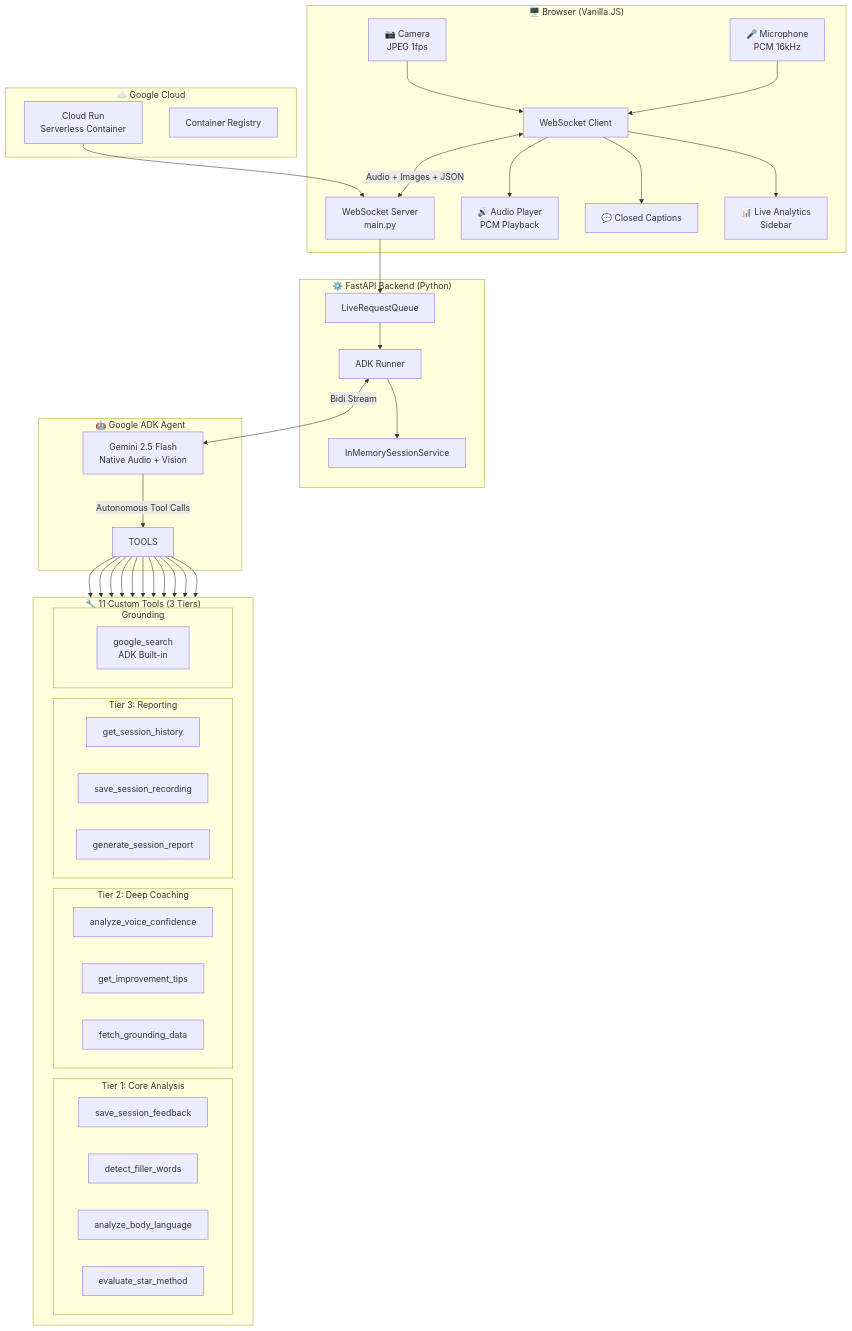
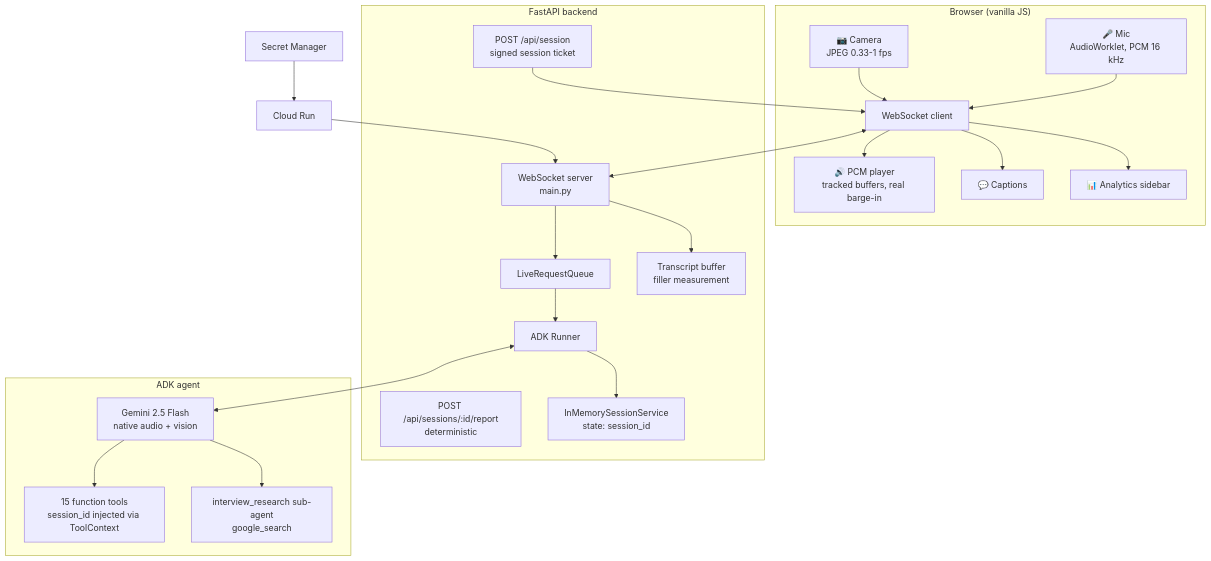
The diagram in README.md (SameerAliKhan-git/IntyerviewBit), drawn with Mermaid before and after one commit. The commit also changed other lines of this file and 35 other files, not shown here.

Commit message:
feat: initialize InterviewAce project with core agent logic, Terraform deployment, and WebSocket-based frontend

````diff
--- a/README.md
+++ b/README.md
@@ -51,54 +54,31 @@
 ```mermaid
 graph TB
-    subgraph "🖥️ Browser (Vanilla JS)"
-        MIC[🎤 Microphone<br/>PCM 16kHz] --> WS
-        CAM[📷 Camera<br/>JPEG 1fps] --> WS
-        WS[WebSocket Client] <--> |Audio + Images + JSON| BACKEND
-        WS --> PLAYER[🔊 Audio Player<br/>PCM Playback]
-        WS --> CC[💬 Closed Captions]
-        WS --> ANALYTICS[📊 Live Analytics<br/>Sidebar]
+    subgraph "Browser (vanilla JS)"
+        MIC[🎤 Mic<br/>AudioWorklet, PCM 16 kHz] --> WS
+        CAM[📷 Camera<br/>JPEG 0.33-1 fps] --> WS
+        WS[WebSocket client] --> PLAYER[🔊 PCM player<br/>tracked buffers, real barge-in]
+        WS --> CC[💬 Captions]
+        WS --> ANALYTICS[📊 Analytics sidebar]
     end
 
-    subgraph "⚙️ FastAPI Backend (Python)"
-        BACKEND[WebSocket Server<br/>main.py] --> LRQ[LiveRequestQueue]
+    subgraph "FastAPI backend"
+        TICKET[POST /api/session<br/>signed session ticket]
+        BACKEND[WebSocket server<br/>main.py]
+        REPORT[POST /api/sessions/:id/report<br/>deterministic]
+        BACKEND --> LRQ[LiveRequestQueue]
+        BACKEND --> TRANSCRIPT[Transcript buffer<br/>filler measurement]
         LRQ --> RUNNER[ADK Runner]
-        RUNNER --> SESSION[InMemorySessionService]
+        RUNNER --> SESSION[InMemorySessionService<br/>state: session_id]
     end
 
-    subgraph "🤖 Google ADK Agent"
-        RUNNER <--> |Bidi Stream| GEMINI[Gemini 2.5 Flash<br/>Native Audio + Vision]
-        GEMINI --> |Autonomous Tool Calls| TOOLS
+    subgraph "ADK agent"
+        RUNNER <--> GEMINI[Gemini 2.5 Flash<br/>native audio + vision]
+        GEMINI --> TOOLS[15 function tools<br/>session_id injected via ToolContext]
+        GEMINI --> RESEARCH[interview_research sub-agent<br/>google_search]
     end
 
-    subgraph "🔧 11 Custom Tools (3 Tiers)"
-        direction LR
-        subgraph "Tier 1: Core Analysis"
-            T1[save_session_feedback]
-            T2[detect_filler_words]
-            T3[analyze_body_language]
-            T4[evaluate_star_method]
-        end
-        subgraph "Tier 2: Deep Coaching"
-            T5[analyze_voice_confidence]
-            T6[get_improvement_tips]
-            T7[fetch_grounding_data]
-        end
-        subgraph "Tier 3: Reporting"
-            T8[get_session_history]
-            T9[save_session_recording]
-            T10[generate_session_report]
-        end
-        subgraph "Grounding"
-            T11[google_search<br/>ADK Built-in]
-        end
-    end
-
-    TOOLS --> T1 & T2 & T3 & T4 & T5 & T6 & T7 & T8 & T9 & T10 & T11
-
-    subgraph "☁️ Google Cloud"
-        CR[Cloud Run<br/>Serverless Container]
-        GCR[Container Registry]
-    end
-
-    CR --> BACKEND
+    WS <--> BACKEND
+    TICKET --> WS
+    CR[Cloud Run] --> BACKEND
+    SM[Secret Manager] --> CR
 ```
````
